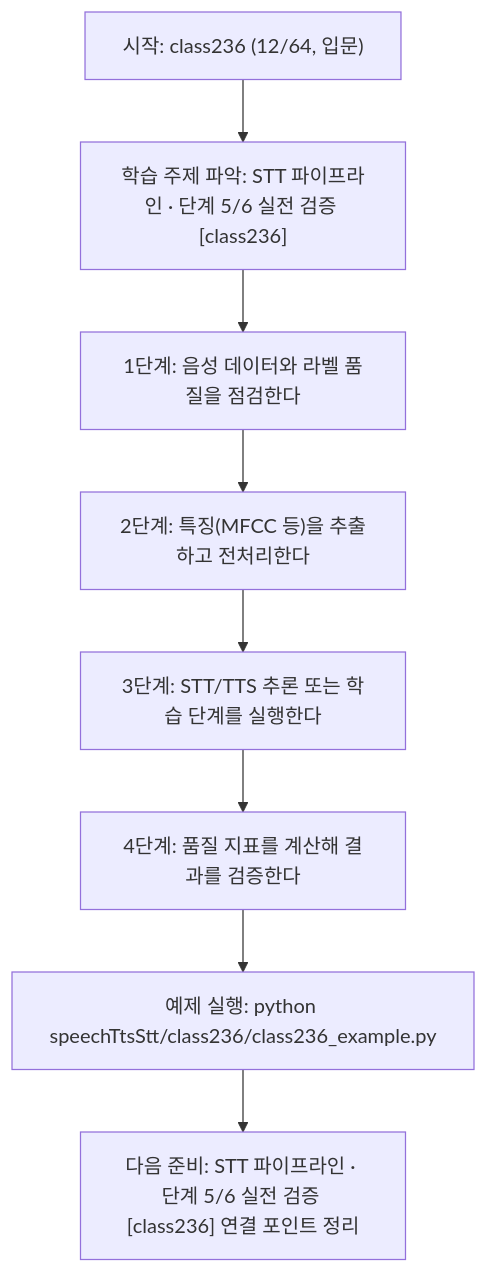
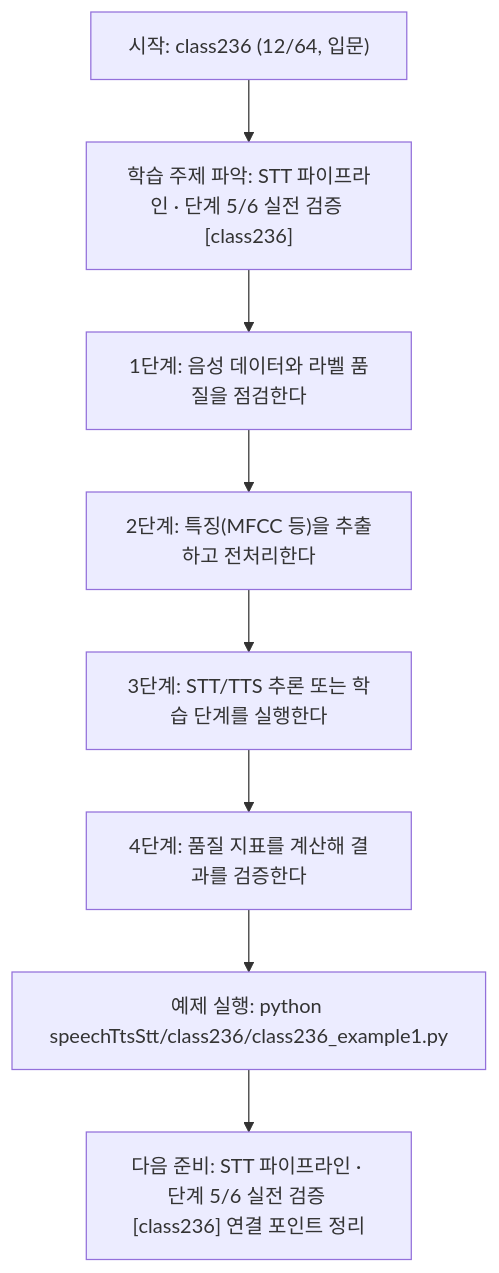
The diagram in speechTtsStt/class236/class236.md (edumgt/Python-AI_Agent-Class), drawn with Mermaid before and after one commit. The commit also changed other lines of this file and 2959 other files, not shown here.

````diff
--- a/speechTtsStt/class236/class236.md
+++ b/speechTtsStt/class236/class236.md
@@ -113,18 +113,18 @@
 ```mermaid
 flowchart TD
 N1["시작: class236 (12/64, 입문)"]
 N2["학습 주제 파악: STT 파이프라인 · 단계 5/6 실전 검증 [class236]"]
 N3["1단계: 음성 데이터와 라벨 품질을 점검한다"]
 N4["2단계: 특징(MFCC 등)을 추출하고 전처리한다"]
 N5["3단계: STT/TTS 추론 또는 학습 단계를 실행한다"]
 N6["4단계: 품질 지표를 계산해 결과를 검증한다"]
-N7["예제 실행: python speechTtsStt/class236/class236_example.py"]
+N7["예제 실행: python speechTtsStt/class236/class236_example1.py"]
 N8["다음 준비: STT 파이프라인 · 단계 5/6 실전 검증 [class236] 연결 포인트 정리"]
 N1 --> N2
 N2 --> N3
 N3 --> N4
 N4 --> N5
 N5 --> N6
 N6 --> N7
 N7 --> N8
 ```
````
